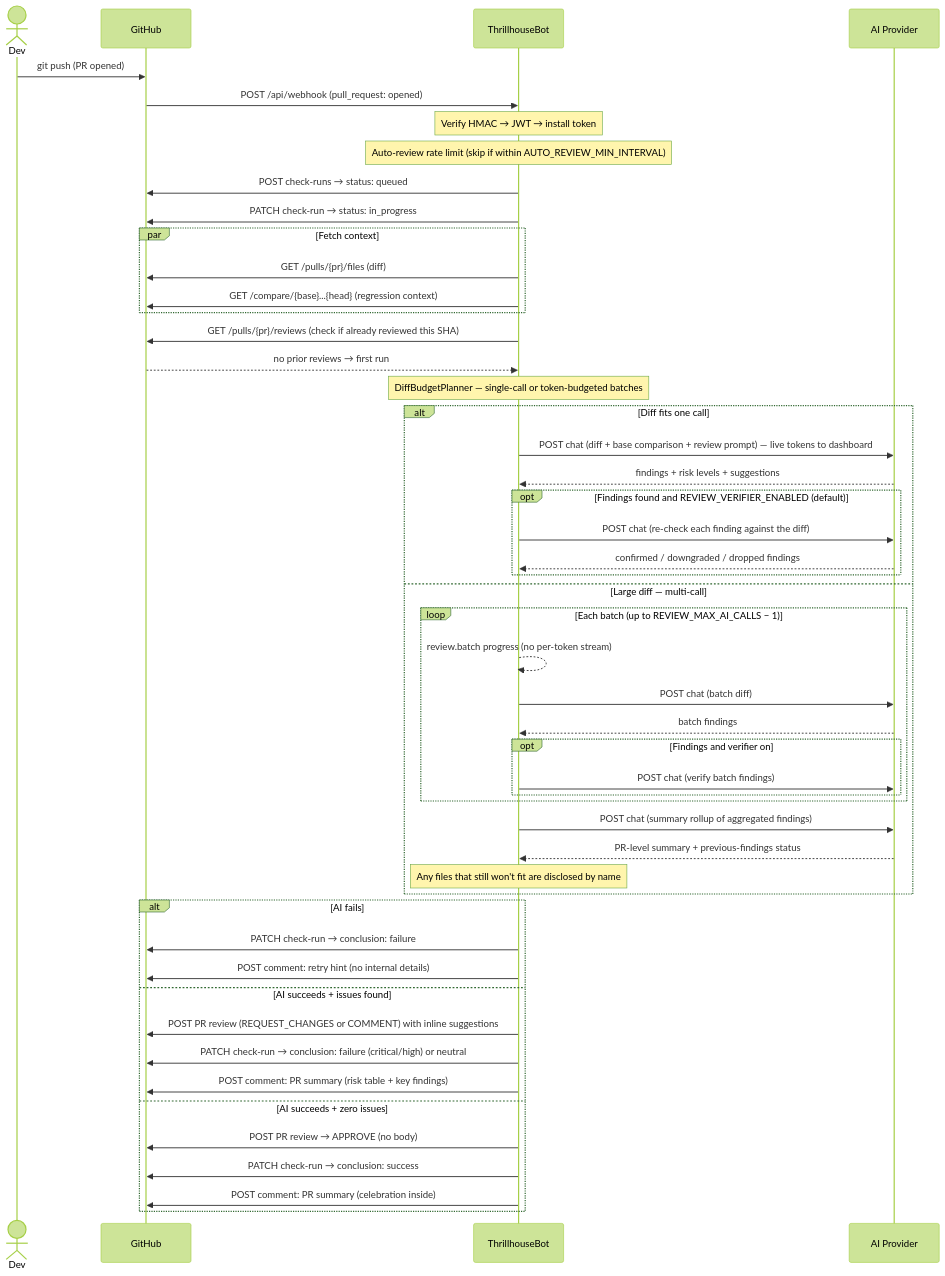
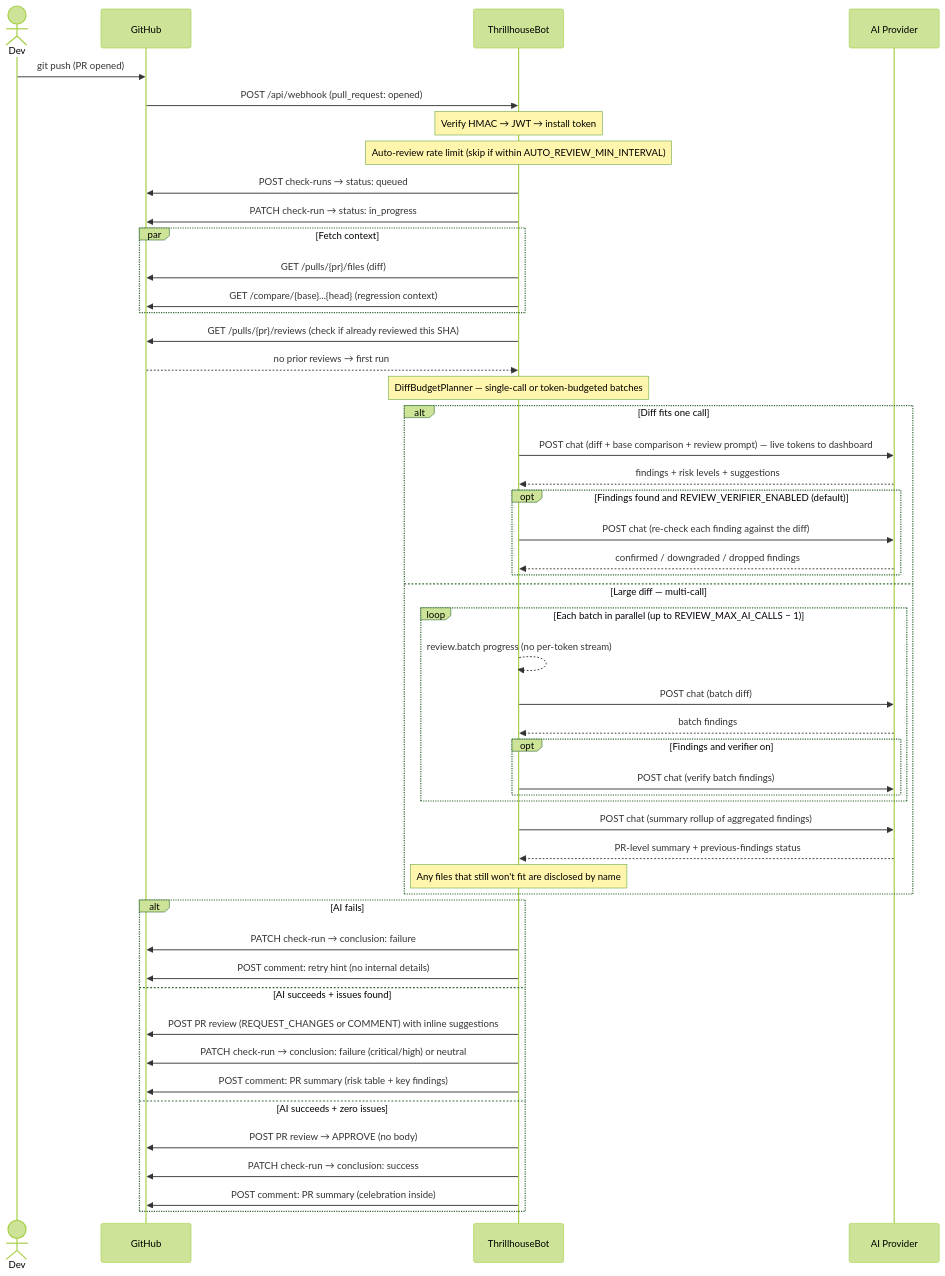
The third of 6 diagrams in docs/ARCHITECTURE.md (devops-thiago/ThrillhouseBot), drawn with Mermaid (forest theme) before and after one commit. The commit also changed other lines of this file and 13 other files, not shown here.

````diff
--- a/docs/ARCHITECTURE.md
+++ b/docs/ARCHITECTURE.md
@@ -70,60 +70,60 @@
 ```mermaid
 sequenceDiagram
     actor Dev
     participant GH as GitHub
     participant TB as ThrillhouseBot
     participant AI as AI Provider
 
     Dev->>GH: git push (PR opened)
     GH->>TB: POST /api/webhook (pull_request: opened)
 
     Note over TB: Verify HMAC → JWT → install token
     Note over TB: Auto-review rate limit (skip if within AUTO_REVIEW_MIN_INTERVAL)
 
     TB->>GH: POST check-runs → status: queued
     TB->>GH: PATCH check-run → status: in_progress
 
     par Fetch context
         TB->>GH: GET /pulls/{pr}/files (diff)
         TB->>GH: GET /compare/{base}...{head} (regression context)
     end
 
     TB->>GH: GET /pulls/{pr}/reviews (check if already reviewed this SHA)
     GH-->>TB: no prior reviews → first run
 
     Note over TB: DiffBudgetPlanner — single-call or token-budgeted batches
 
     alt Diff fits one call
         TB->>AI: POST chat (diff + base comparison + review prompt) — live tokens to dashboard
         AI-->>TB: findings + risk levels + suggestions
         opt Findings found and REVIEW_VERIFIER_ENABLED (default)
             TB->>AI: POST chat (re-check each finding against the diff)
             AI-->>TB: confirmed / downgraded / dropped findings
         end
     else Large diff — multi-call
-        loop Each batch (up to REVIEW_MAX_AI_CALLS − 1)
+        loop Each batch in parallel (up to REVIEW_MAX_AI_CALLS − 1)
             TB-->>TB: review.batch progress (no per-token stream)
             TB->>AI: POST chat (batch diff)
             AI-->>TB: batch findings
             opt Findings and verifier on
                 TB->>AI: POST chat (verify batch findings)
             end
         end
         TB->>AI: POST chat (summary rollup of aggregated findings)
         AI-->>TB: PR-level summary + previous-findings status
         Note over TB: Any files that still won't fit are disclosed by name
     end
 
     alt AI fails
         TB->>GH: PATCH check-run → conclusion: failure
         TB->>GH: POST comment: retry hint (no internal details)
     else AI succeeds + issues found
         TB->>GH: POST PR review (REQUEST_CHANGES or COMMENT) with inline suggestions
         TB->>GH: PATCH check-run → conclusion: failure (critical/high) or neutral
         TB->>GH: POST comment: PR summary (risk table + key findings)
     else AI succeeds + zero issues
         TB->>GH: POST PR review → APPROVE (no body)
         TB->>GH: PATCH check-run → conclusion: success
         TB->>GH: POST comment: PR summary (celebration inside)
     end
 ```
````
